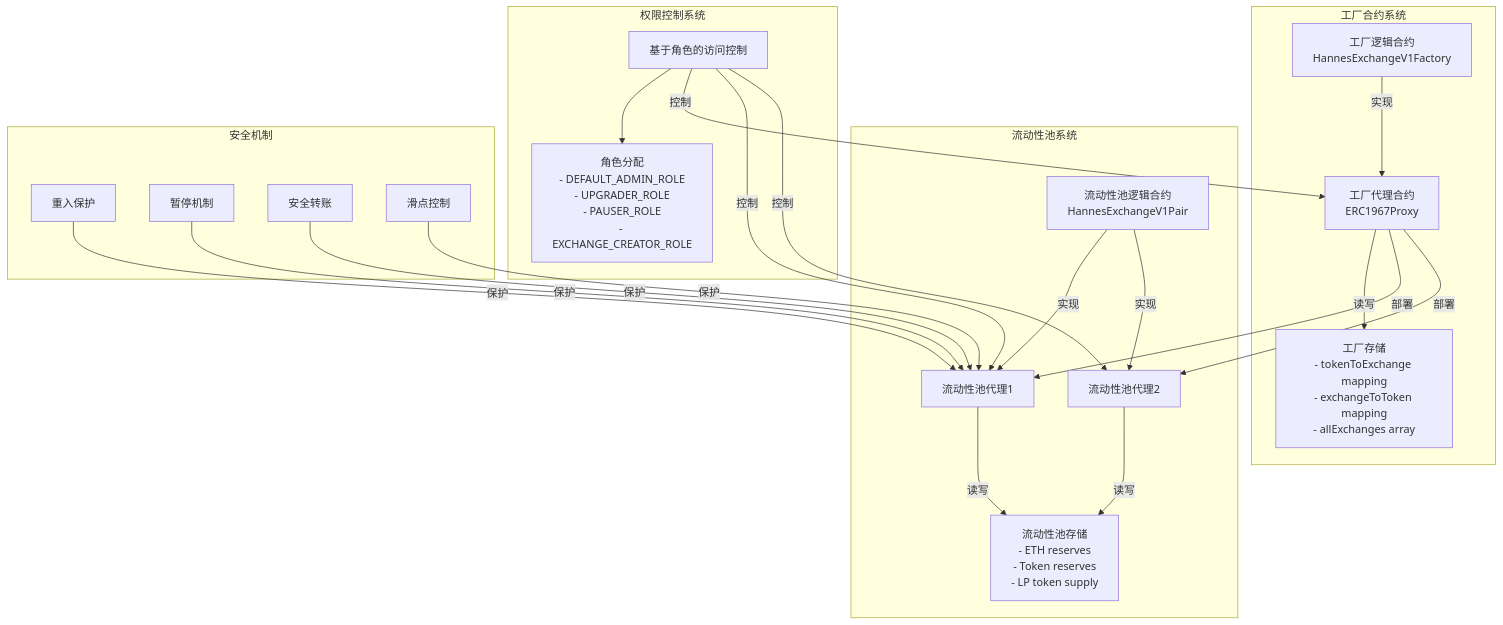
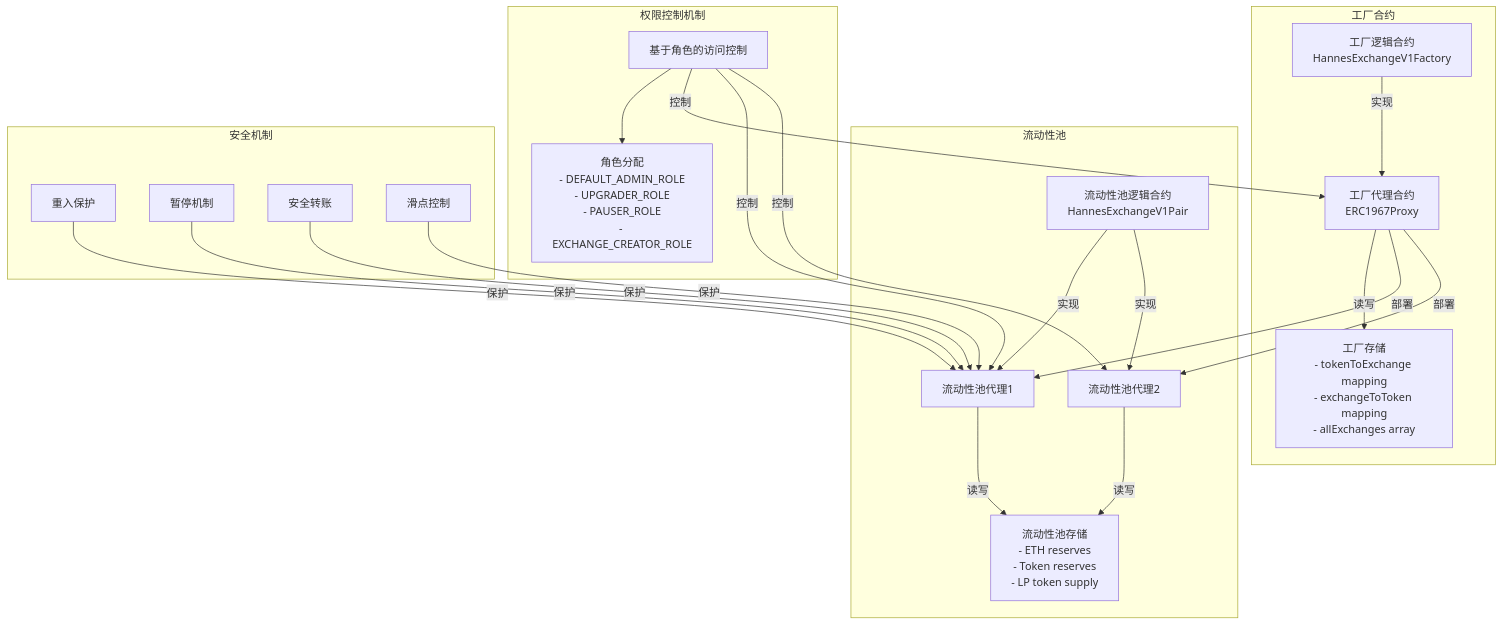
The diagram in docs/1_architectural_overview_cn.md (hannesgao/HannesExchange), drawn with Mermaid before and after one commit. The commit also changed other lines of this file and 2 other files, not shown here.

Commit message:
Architectural overview completed, some comments corrected

````diff
--- a/docs/1_architectural_overview_cn.md
+++ b/docs/1_architectural_overview_cn.md
@@ -64,48 +100,48 @@
 ```mermaid
 flowchart TB
-    subgraph "工厂合约系统"
+    subgraph "工厂合约"
         FactoryLogic["工厂逻辑合约\nHannesExchangeV1Factory"]
         FactoryProxy["工厂代理合约\nERC1967Proxy"]
         FactoryStorage["工厂存储\n- tokenToExchange mapping\n- exchangeToToken mapping\n- allExchanges array"]
 
         FactoryLogic --> |"实现"| FactoryProxy
         FactoryProxy --> |"读写"| FactoryStorage
     end
 
-    subgraph "流动性池系统"
+    subgraph "流动性池"
         PairLogic["流动性池逻辑合约\nHannesExchangeV1Pair"]
         PairProxy1["流动性池代理1"]
         PairProxy2["流动性池代理2"]
         PairStorage["流动性池存储\n- ETH reserves\n- Token reserves\n- LP token supply"]
 
         PairLogic --> |"实现"| PairProxy1
         PairLogic --> |"实现"| PairProxy2
         PairProxy1 --> |"读写"| PairStorage
         PairProxy2 --> |"读写"| PairStorage
     end
 
-    subgraph "权限控制系统"
+    subgraph "权限控制机制"
         RBAC["基于角色的访问控制"]
         Roles["角色分配\n- DEFAULT_ADMIN_ROLE\n- UPGRADER_ROLE\n- PAUSER_ROLE\n- EXCHANGE_CREATOR_ROLE"]
 
         RBAC --> Roles
     end
 
     subgraph "安全机制"
         ReentrancyGuard["重入保护"]
         Pausable["暂停机制"]
         SafeTransfer["安全转账"]
         SlippageControl["滑点控制"]
     end
 
     FactoryProxy --> |"部署"| PairProxy1
     FactoryProxy --> |"部署"| PairProxy2
     RBAC --> |"控制"| FactoryProxy
     RBAC --> |"控制"| PairProxy1
     RBAC --> |"控制"| PairProxy2
 
     ReentrancyGuard --> |"保护"| PairProxy1
     Pausable --> |"保护"| PairProxy1
     SafeTransfer --> |"保护"| PairProxy1
     SlippageControl --> |"保护"| PairProxy1
 ```
````
